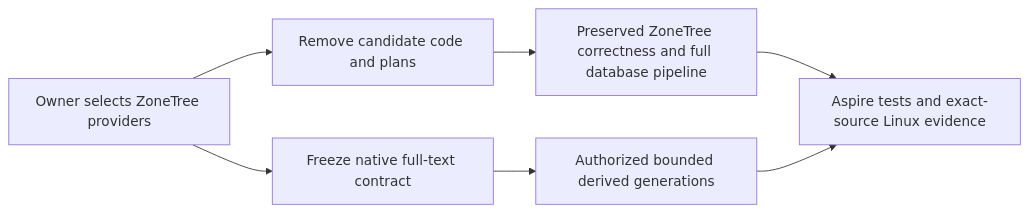
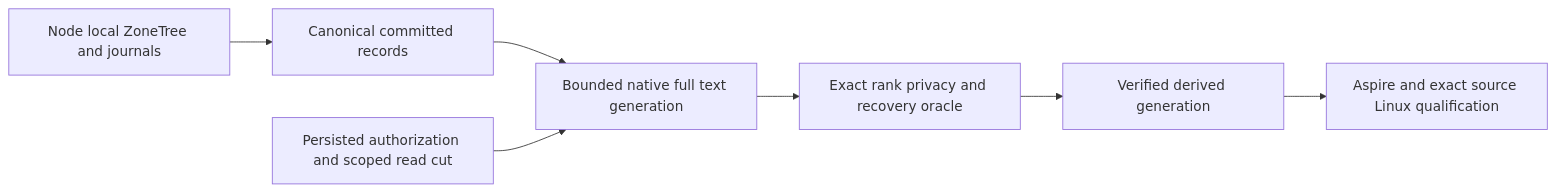
The diagram in docs/ADR/ADR-071-canonical-zonetree-providers.md (managedcode/KeyLoad), drawn with Mermaid before and after one commit. The commit also changed other lines of this file and 440 other files, not shown here.

````diff
--- a/docs/ADR/ADR-071-canonical-zonetree-providers.md
+++ b/docs/ADR/ADR-071-canonical-zonetree-providers.md
@@ -66,9 +56,9 @@
 ```mermaid
 flowchart LR
-    Decision[Owner selects ZoneTree providers] --> Cleanup[Remove candidate code and plans]
-    Decision --> Contract[Freeze native full-text contract]
-    Cleanup --> Review[Preserved ZoneTree correctness and full database pipeline]
-    Contract --> Projection[Authorized bounded derived generations]
-    Review --> Evidence[Aspire tests and exact-source Linux evidence]
-    Projection --> Evidence
+    Owner[Node local ZoneTree and journals] --> Records[Canonical committed records]
+    Records --> Projection[Bounded native full text generation]
+    Policy[Persisted authorization and scoped read cut] --> Projection
+    Projection --> Verify[Exact rank privacy and recovery oracle]
+    Verify --> Publish[Verified derived generation]
+    Publish --> Proof[Aspire and exact source Linux qualification]
 ```
````
